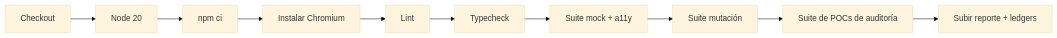
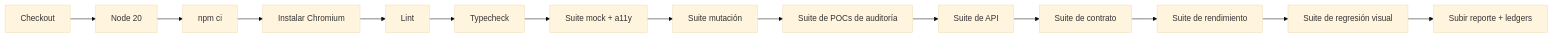
The third of 3 diagrams in README.es.md (criguex/civica-playwright-challenge), drawn with Mermaid (base theme) before and after one commit. The commit also changed other lines of this file and 21 other files, not shown here.

First line of the commit message:
feat: add API, contract, performance budget and visual regression suites

````diff
--- a/README.es.md
+++ b/README.es.md
@@ -423,12 +477,16 @@
 ```mermaid
 flowchart LR
   A[Checkout] --> B[Node 20]
   B --> C[npm ci]
   C --> D[Instalar Chromium]
   D --> E[Lint]
   E --> F[Typecheck]
   F --> G[Suite mock + a11y]
   G --> H[Suite mutación]
   H --> I[Suite de POCs de auditoría]
-  I --> J[Subir reporte + ledgers]
+  I --> K[Suite de API]
+  K --> L[Suite de contrato]
+  L --> M[Suite de rendimiento]
+  M --> N[Suite de regresión visual]
+  N --> J[Subir reporte + ledgers]
 ```
````
